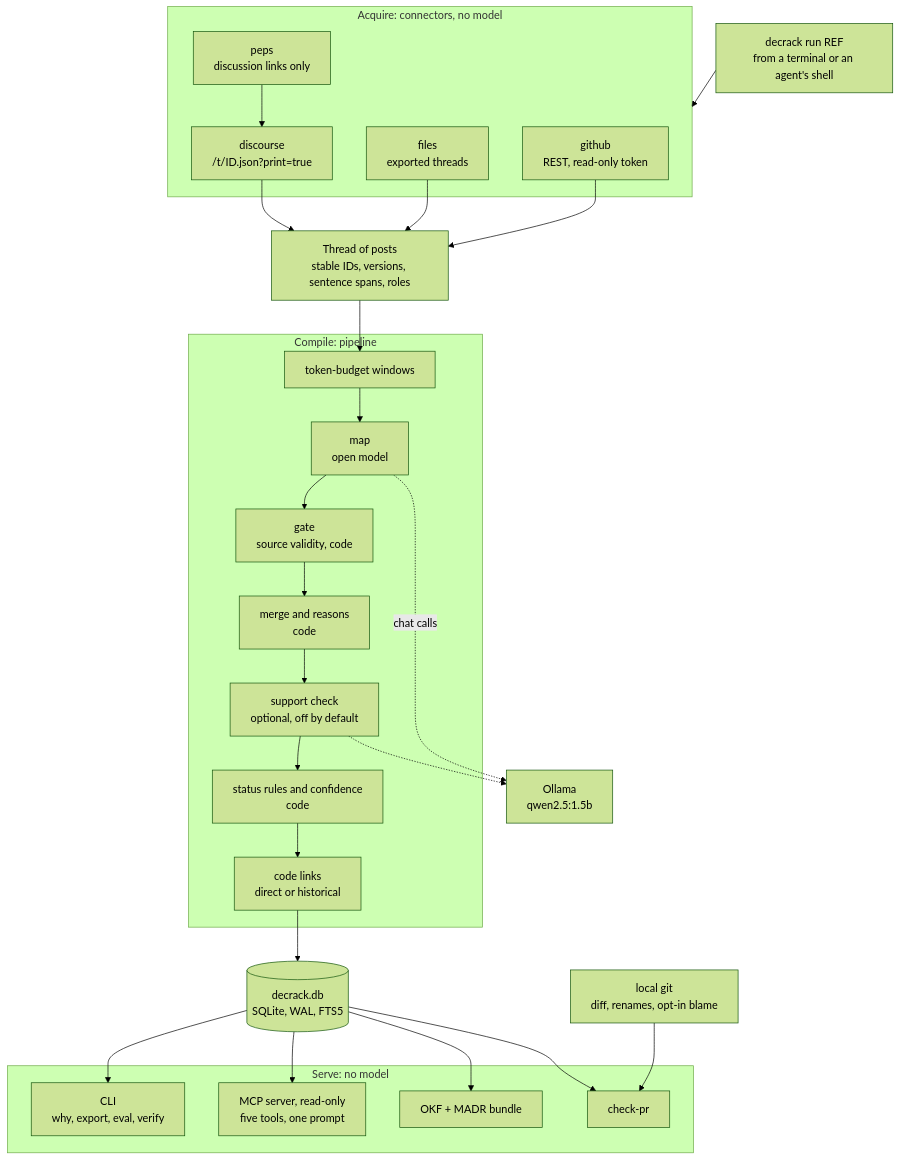
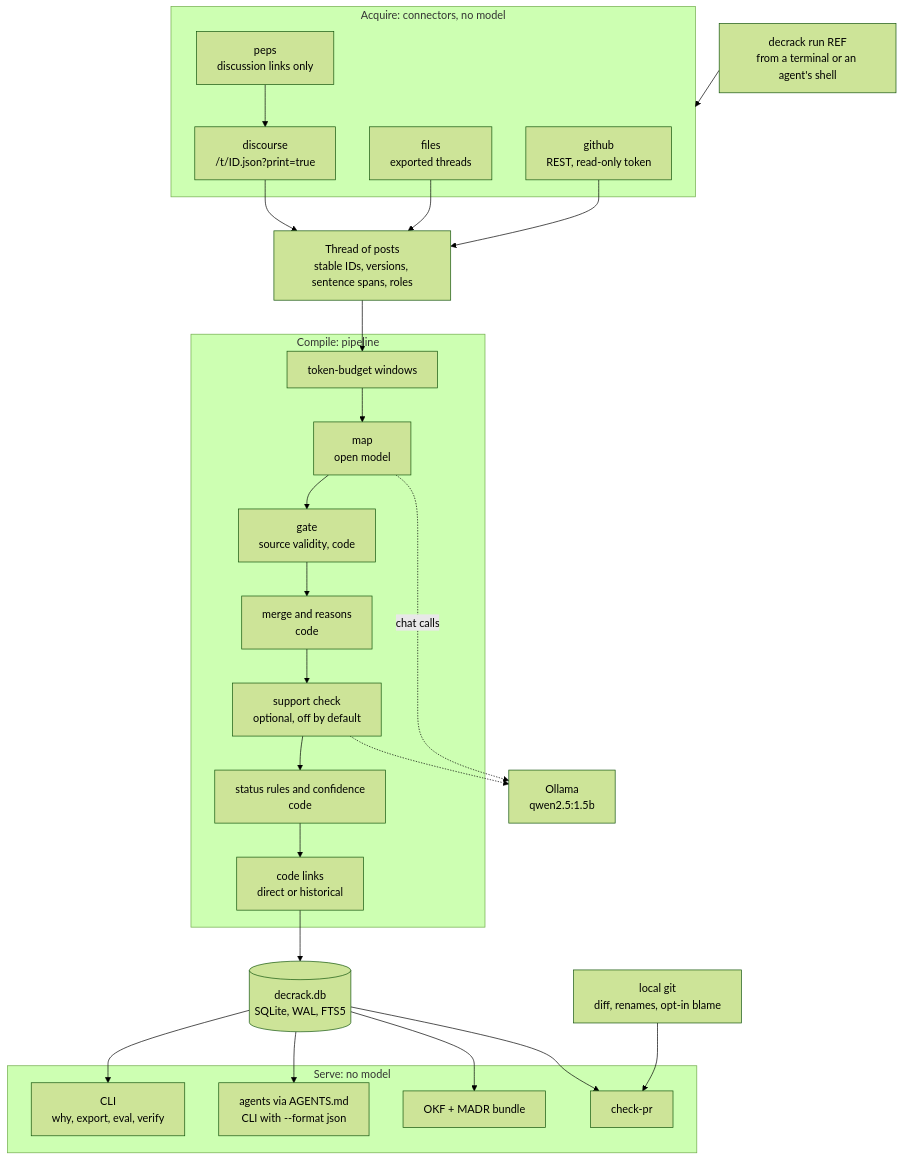
Before and after one commit to Madhav-GPT/DecRack: the second of 8 diagrams in docs/ARCHITECTURE.md, drawn with Mermaid (forest theme). The commit also changed other lines of this file and 17 other files, not shown here.

````diff
--- a/docs/ARCHITECTURE.md
+++ b/docs/ARCHITECTURE.md
@@ -129,32 +129,32 @@
 ```mermaid
 flowchart TD
     subgraph ACQ["Acquire: connectors, no model"]
         F["files<br/>exported threads"]
         DPO["discourse<br/>/t/ID.json?print=true"]
         GH["github<br/>REST, read-only token"]
         PEP["peps<br/>discussion links only"]
     end
     PEP --> DPO
     F & DPO & GH --> TH["Thread of posts<br/>stable IDs, versions, sentence spans, roles"]
     subgraph CMP["Compile: pipeline"]
         W["token-budget windows"] --> MAP["map<br/>open model"]
         MAP --> GATE["gate<br/>source validity, code"]
         GATE --> CON["merge and reasons<br/>code"]
         CON --> SUP["support check<br/>optional, off by default"]
         SUP --> ST["status rules and confidence<br/>code"]
         ST --> LNK["code links<br/>direct or historical"]
     end
     TH --> W
     MAP -.->|"chat calls"| OL["Ollama<br/>qwen2.5:1.5b"]
     SUP -.-> OL
     LNK --> DB[("decrack.db<br/>SQLite, WAL, FTS5")]
     subgraph SRV["Serve: no model"]
         CLI["CLI<br/>why, export, eval, verify"]
-        MCP["MCP server, read-only<br/>five tools, one prompt"]
+        AGT["agents via AGENTS.md<br/>CLI with --format json"]
         OKF["OKF + MADR bundle"]
         PRC["check-pr"]
     end
-    DB --> CLI & MCP & OKF & PRC
+    DB --> CLI & AGT & OKF & PRC
     GIT["local git<br/>diff, renames, opt-in blame"] --> PRC
     RUN["decrack run REF<br/>from a terminal or an agent's shell"] --> ACQ
 ```
````
